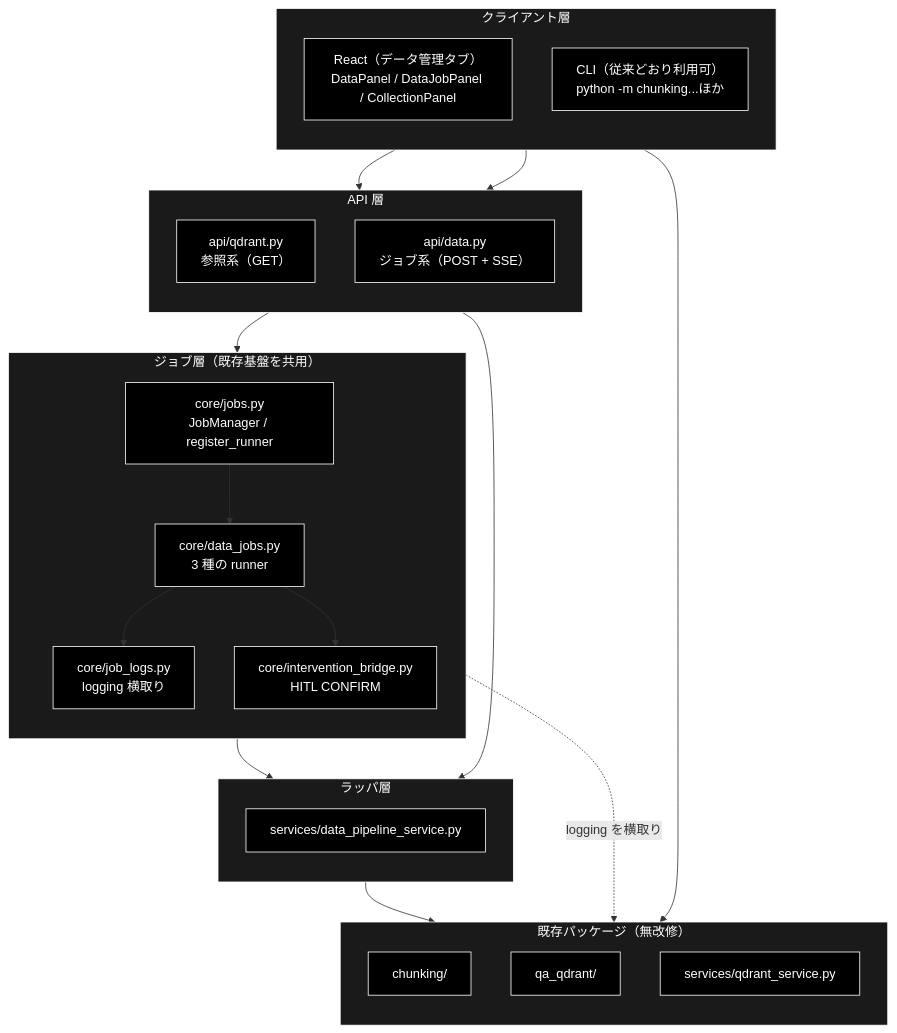
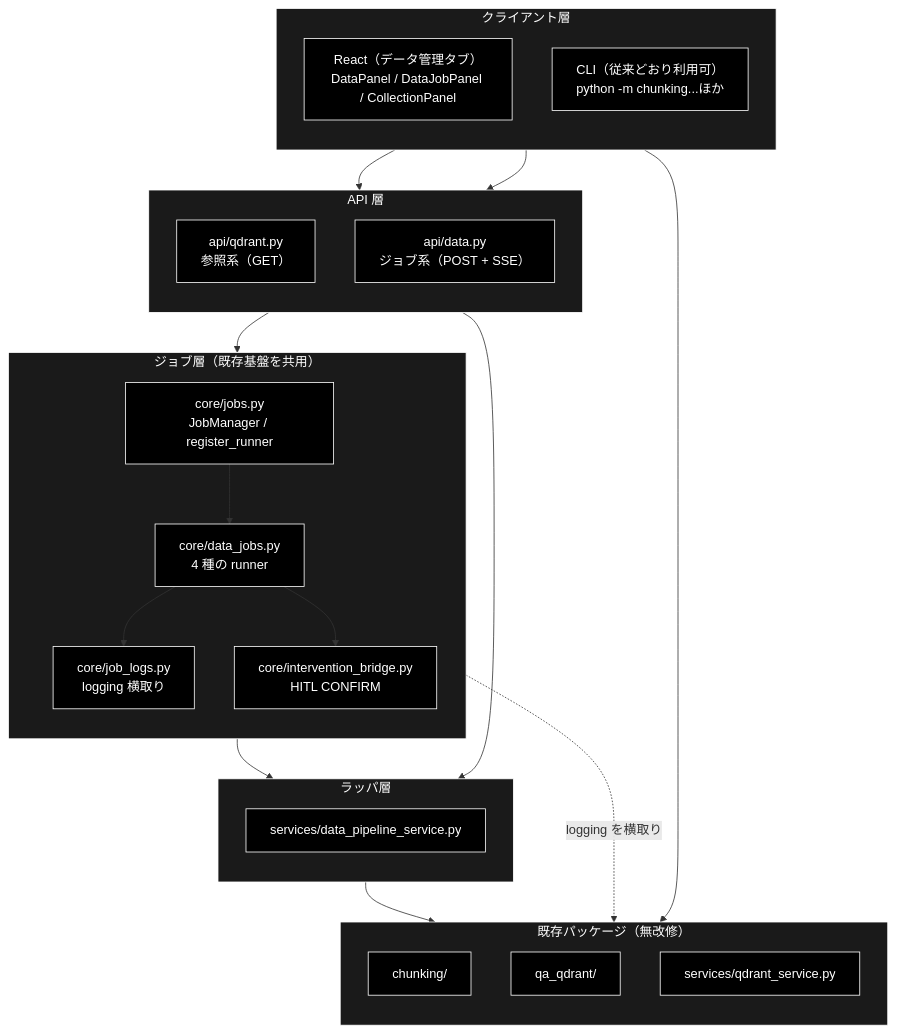
Before and after one commit to nakashima2toshio/grace_v2: the first of 4 diagrams in backend/docs/data_pipeline.md, drawn with Mermaid. The commit also changed other lines of this file and 21 other files, not shown here.

````diff
--- a/backend/docs/data_pipeline.md
+++ b/backend/docs/data_pipeline.md
@@ -89,54 +98,54 @@
 ```mermaid
 flowchart TB
     subgraph CLIENT["クライアント層"]
         direction TB
         FE["React（データ管理タブ）<br>DataPanel / DataJobPanel / CollectionPanel"]
         CLI["CLI（従来どおり利用可）<br>python -m chunking...ほか"]
     end
 
     subgraph API["API 層"]
         direction TB
         QR["api/qdrant.py<br>参照系（GET）"]
         DA["api/data.py<br>ジョブ系（POST + SSE）"]
     end
 
     subgraph CORE["ジョブ層（既存基盤を共用）"]
         direction TB
         JOBS["core/jobs.py<br>JobManager / register_runner"]
-        DJ["core/data_jobs.py<br>3 種の runner"]
+        DJ["core/data_jobs.py<br>4 種の runner"]
         JL["core/job_logs.py<br>logging 横取り"]
         IB["core/intervention_bridge.py<br>HITL CONFIRM"]
     end
 
     subgraph EXIST["既存パッケージ（無改修）"]
         direction TB
         CH["chunking/"]
         QQ["qa_qdrant/"]
         QS["services/qdrant_service.py"]
     end
 
     subgraph WRAP["ラッパ層"]
         direction TB
         DPS["services/data_pipeline_service.py"]
     end
 
     FE --> QR
     FE --> DA
     CLI --> EXIST
     DA --> JOBS
     JOBS --> DJ
     DJ --> JL
     DJ --> IB
     DJ --> DPS
     QR --> DPS
     DPS --> EXIST
     JL -.->|"logging を横取り"| EXIST
 classDef default fill:#000,stroke:#fff,color:#fff
 classDef subgraphStyle fill:#1a1a1a,stroke:#fff,color:#fff
 class FE,CLI,QR,DA,JOBS,DJ,JL,IB,CH,QQ,QS,DPS default
 style CLIENT fill:#1a1a1a,stroke:#fff,color:#fff
 style API fill:#1a1a1a,stroke:#fff,color:#fff
 style CORE fill:#1a1a1a,stroke:#fff,color:#fff
 style EXIST fill:#1a1a1a,stroke:#fff,color:#fff
 style WRAP fill:#1a1a1a,stroke:#fff,color:#fff
 ```
````
